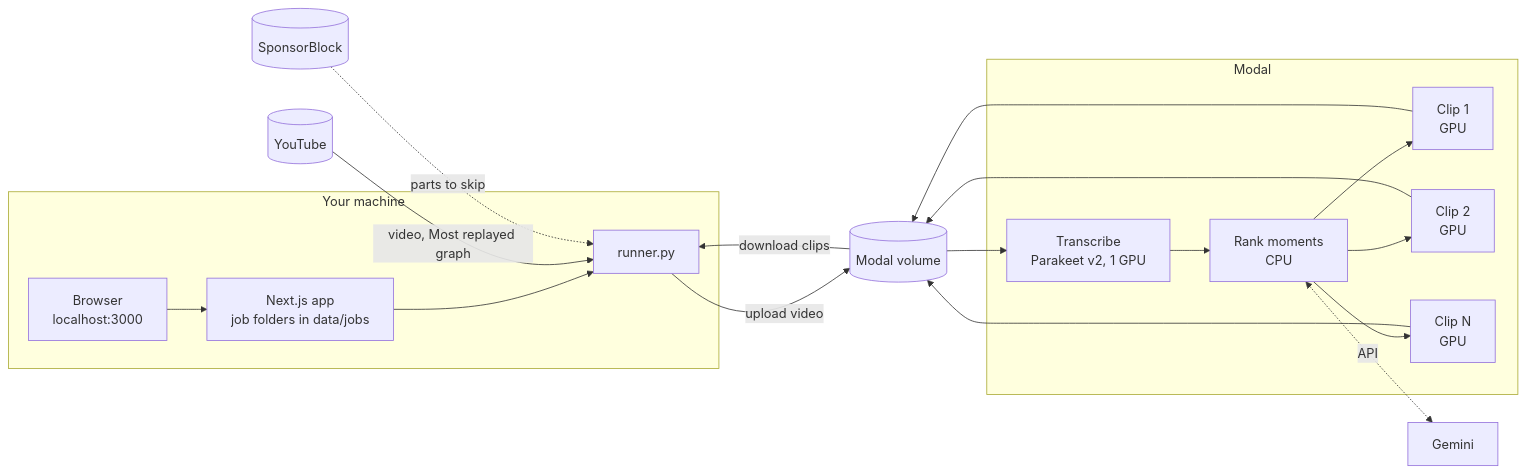
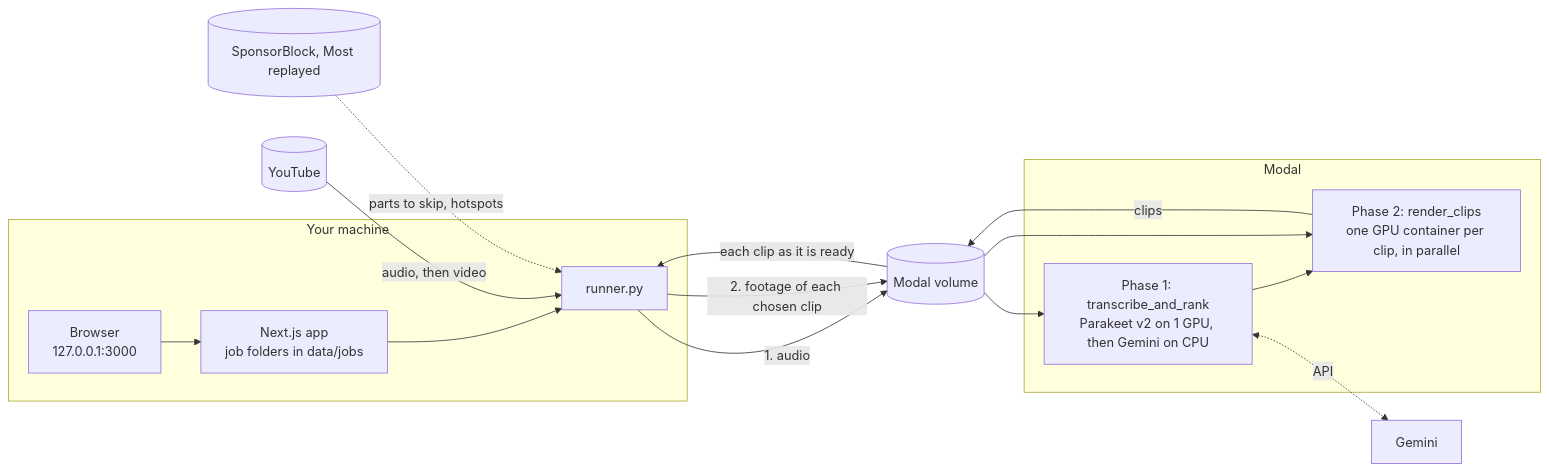
Before and after one commit to Akash-Sakala/ai-podcast-clipper: the diagram in README.md, drawn with Mermaid. The commit also changed other lines of this file and 136 other files, not shown here.

Commit message:
feat: optimized redesign (two-phase upload, fixes, module split, docs, CI)

````diff
--- a/README.md
+++ b/README.md
@@ -33,23 +19,24 @@
 ```mermaid
 flowchart LR
     subgraph laptop["Your machine"]
-        ui["Browser<br/>localhost:3000"] --> app["Next.js app<br/>job folders in data/jobs"]
+        ui["Browser<br/>127.0.0.1:3000"] --> app["Next.js app<br/>job folders in data/jobs"]
         app --> runner["runner.py"]
     end
 
-    runner -- "upload video" --> vol[("Modal volume")]
-    yt[("YouTube")] -- "video, Most replayed graph" --> runner
-    sb[("SponsorBlock")] -. "parts to skip" .-> runner
+    yt[("YouTube")] -- "audio, then video" --> runner
+    sb[("SponsorBlock, Most replayed")] -. "parts to skip, hotspots" .-> runner
+    runner -- "1. audio" --> vol[("Modal volume")]
+    runner -- "2. footage of each chosen clip" --> vol
 
     subgraph modal["Modal"]
-        asr["Transcribe<br/>Parakeet v2, 1 GPU"] --> rank["Rank moments<br/>CPU"]
-        rank --> r1["Clip 1<br/>GPU"]
-        rank --> r2["Clip 2<br/>GPU"]
-        rank --> rn["Clip N<br/>GPU"]
+        p1["Phase 1: transcribe_and_rank<br/>Parakeet v2 on 1 GPU, then Gemini on CPU"]
+        p2["Phase 2: render_clips<br/>one GPU container per clip, in parallel"]
+        p1 --> p2
     end
 
-    vol --> asr
-    rank <-. "API" .-> gemini["Gemini"]
-    r1 & r2 & rn --> vol
-    vol -- "download clips" --> runner
+    vol --> p1
+    p1 <-. "API" .-> gemini["Gemini"]
+    vol --> p2
+    p2 -- "clips" --> vol
+    vol -- "each clip as it is ready" --> runner
 ```
````
